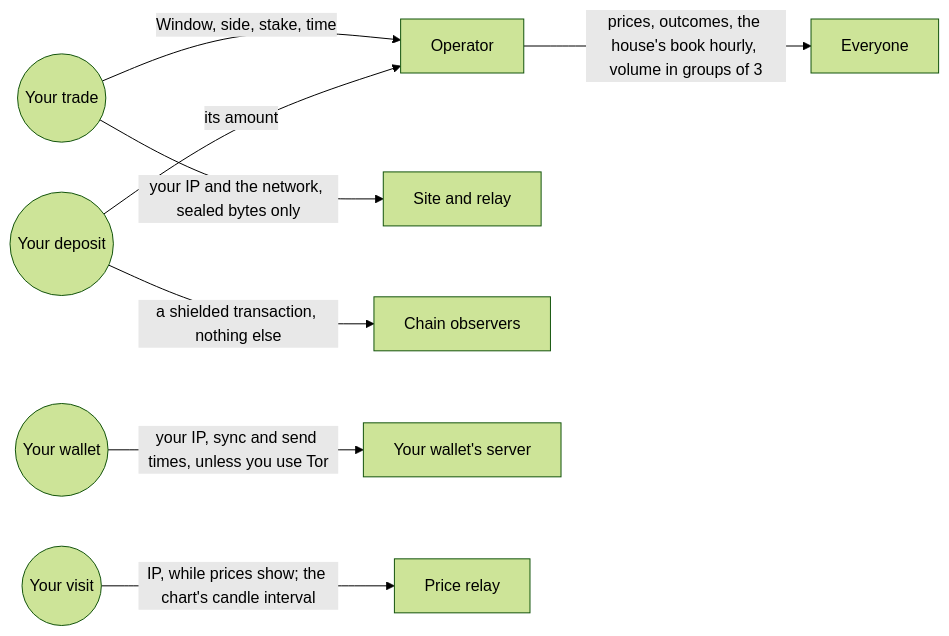
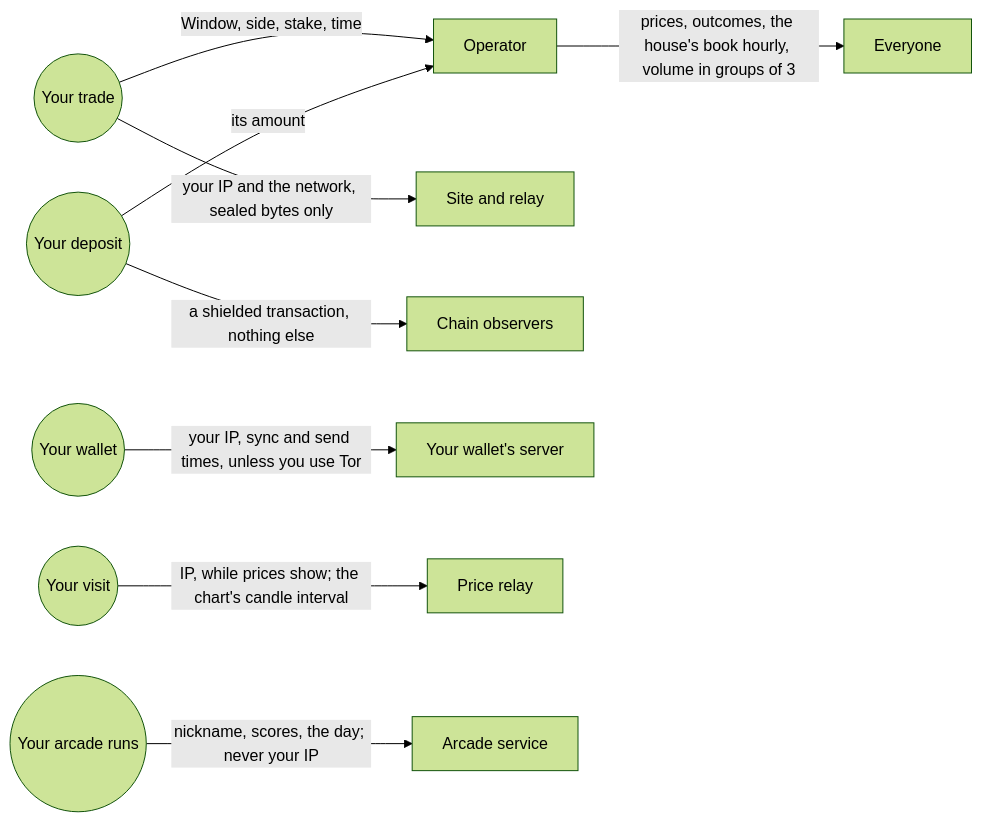
The fourth of 4 diagrams in apps/docs/content/docs/system-maps.mdx (Blockchain-Oracle/kakure), drawn with Mermaid (forest theme) before and after one commit. The commit also changed other lines of this file and 130 other files, not shown here.

````diff
--- a/apps/docs/content/docs/system-maps.mdx
+++ b/apps/docs/content/docs/system-maps.mdx
@@ -77,10 +81,11 @@
 ```mermaid
 flowchart LR
   trade((Your trade)) -->|"Window, side, stake, time"| op[Operator]
   trade -->|"your IP and the network, sealed bytes only"| relay[Site and relay]
   deposit((Your deposit)) -->|"a shielded transaction, nothing else"| chain[Chain observers]
   deposit -->|"its amount"| op
   wallet((Your wallet)) -->|"your IP, sync and send times, unless you use Tor"| server[Your wallet's server]
   visit((Your visit)) -->|"IP, while prices show; the chart's candle interval"| prices[Price relay]
+  play((Your arcade runs)) -->|"nickname, scores, the day; never your IP"| arcade[Arcade service]
   op -->|"prices, outcomes, the house's book hourly, volume in groups of 3"| public[Everyone]
 ```
````
